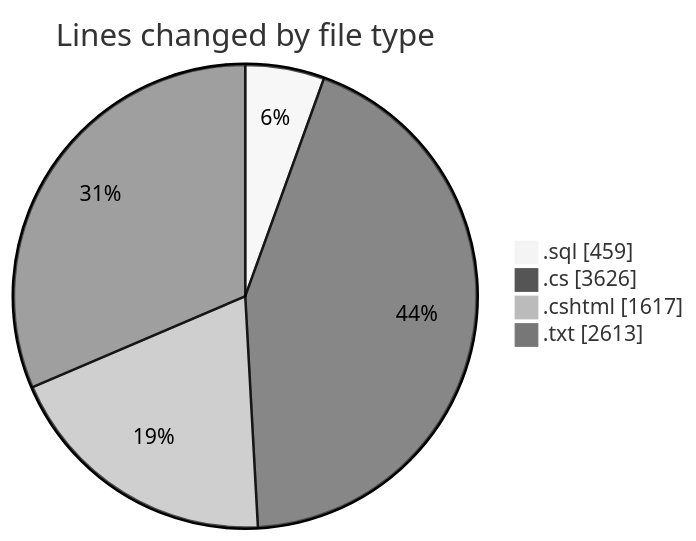
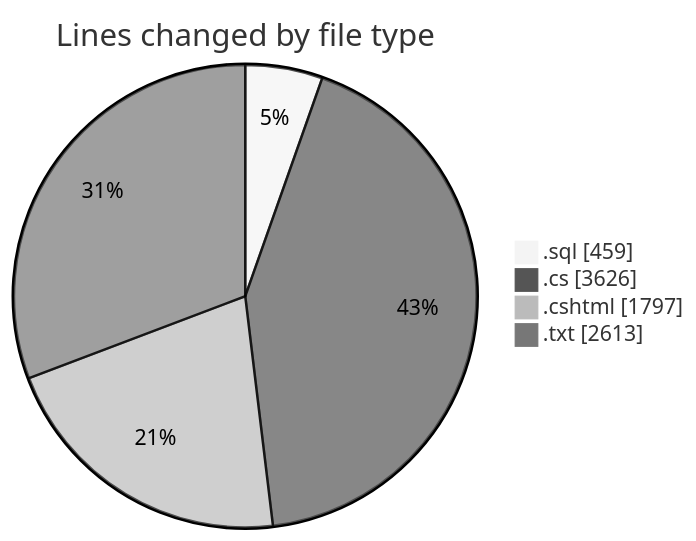
One commit to lephambinh05/code-tracking changed the first of 2 diagrams in 2025-07-23/quanlyrapchieuphim/README.md. Above: the diagram before and after it, drawn with Mermaid (neutral theme). The commit also changed other lines of this file and 1 other file, not shown here.

````diff
--- a/2025-07-23/quanlyrapchieuphim/README.md
+++ b/2025-07-23/quanlyrapchieuphim/README.md
@@ -33,8 +33,8 @@
 ```mermaid
 pie showData
 title Lines changed by file type
 ".sql" : 459
 ".cs" : 3626
-".cshtml" : 1617
+".cshtml" : 1797
 ".txt" : 2613
 ```
````
